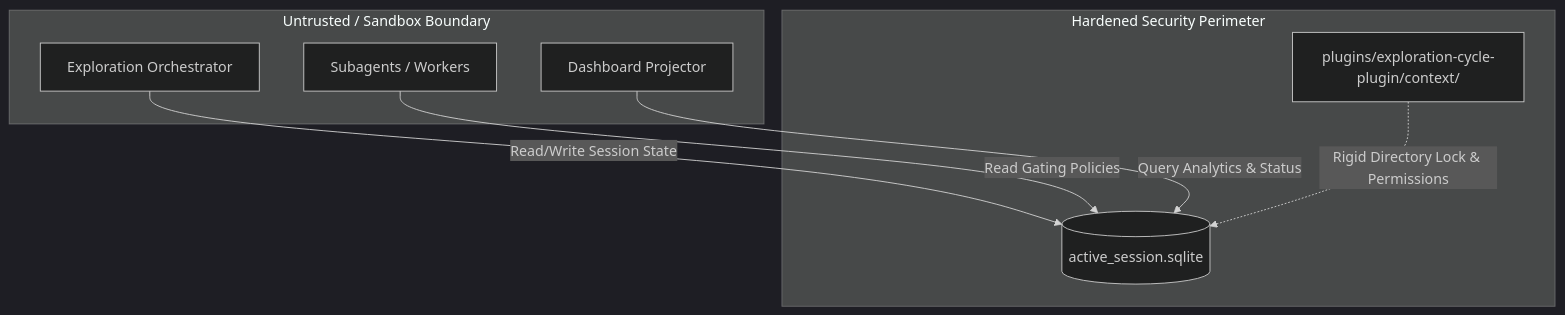
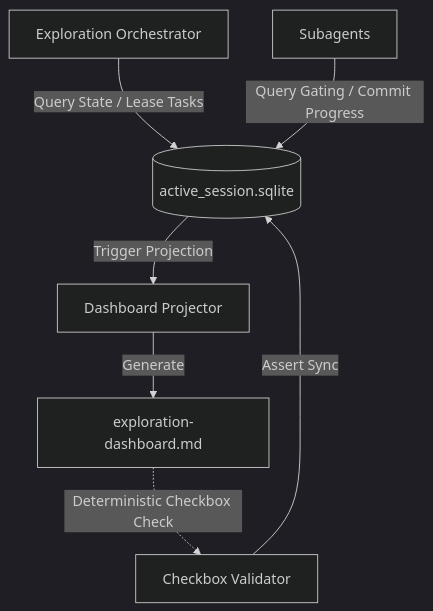
The diagram in docs/superpowers/specs/2026-05-30-hardened-control-plane-design.md (richfrem/agent-plugins-skills), drawn with Mermaid (dark theme) before and after one commit. The commit also changed other lines of this file, not shown here.

````diff
--- a/docs/superpowers/specs/2026-05-30-hardened-control-plane-design.md
+++ b/docs/superpowers/specs/2026-05-30-hardened-control-plane-design.md
@@ -15,18 +39,9 @@
 ```mermaid
 graph TD
-    subgraph "Untrusted / Sandbox Boundary"
-        Orchestrator[Exploration Orchestrator]
-        Subagent[Subagents / Workers]
-        Projector[Dashboard Projector]
-    end
-
-    subgraph "Hardened Security Perimeter"
-        DB_Dir["plugins/exploration-cycle-plugin/context/"]
-        DB[("active_session.sqlite")]
-    end
-
-    Orchestrator -->|Read/Write Session State| DB
-    Subagent -->|Read Gating Policies| DB
-    Projector -->|Query Analytics & Status| DB
-    DB_Dir -.->|Rigid Directory Lock & Permissions| DB
+    Orchestrator[Exploration Orchestrator] -->|Query State / Lease Tasks| DB[(active_session.sqlite)]
+    Subagent[Subagents] -->|Query Gating / Commit Progress| DB
+    DB -->|Trigger Projection| Projector[Dashboard Projector]
+    Projector -->|Generate| MD[exploration-dashboard.md]
+    MD -.->|Deterministic Checkbox Check| Validator[Checkbox Validator]
+    Validator -->|Assert Sync| DB
 ```
````
